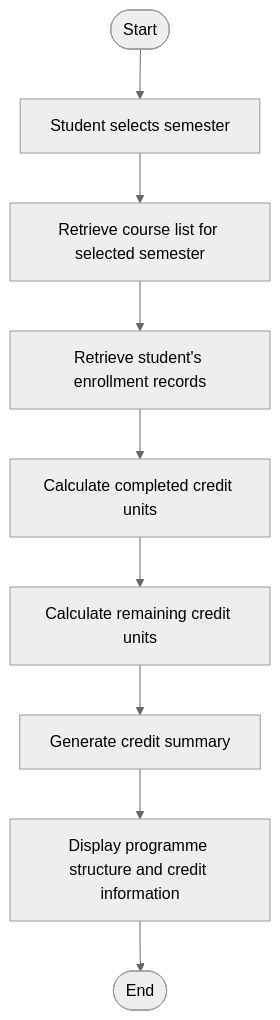
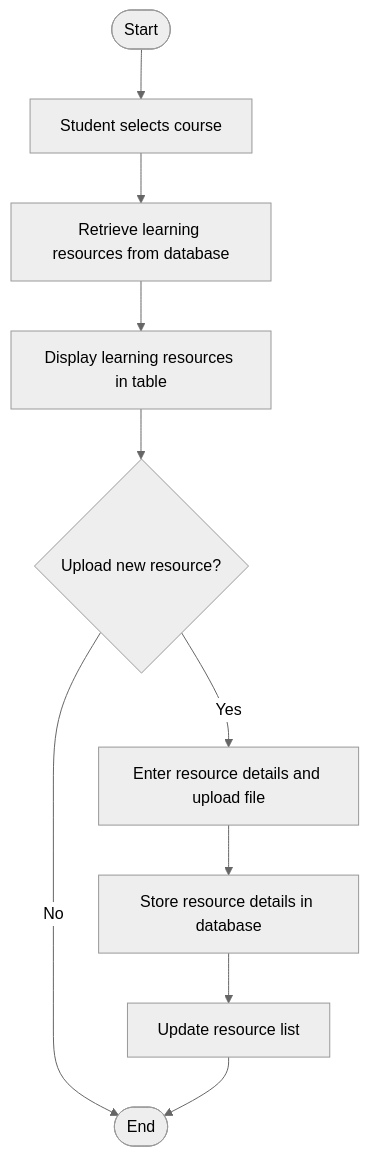
The diagram in all/未命名-5.md (Lifantastic-O/iodraw-files), drawn with Mermaid (neutral theme) before and after one commit.

Commit message:
2026-01-14 21:31:05 update

````diff
--- a/all/未命名-5.md
+++ b/all/未命名-5.md
@@ -1,12 +1,13 @@
 ```mermaid
 flowchart TD
-    A([Start]) --> B[Student selects semester]
-    B --> C[Retrieve course list for selected semester]
-    C --> D[Retrieve student's enrollment records]
-    D --> E[Calculate completed credit units]
-    E --> F[Calculate remaining credit units]
-    F --> G[Generate credit summary]
-    G --> H[Display programme structure and credit information]
-    H --> I([End])
+    A([Start]) --> B[Student selects course]
+    B --> C[Retrieve learning resources from database]
+    C --> D[Display learning resources in table]
+    D --> E{Upload new resource?}
+    E -- No --> F([End])
+    E -- Yes --> G[Enter resource details and upload file]
+    G --> H[Store resource details in database]
+    H --> I[Update resource list]
+    I --> F
 
 ```
````
